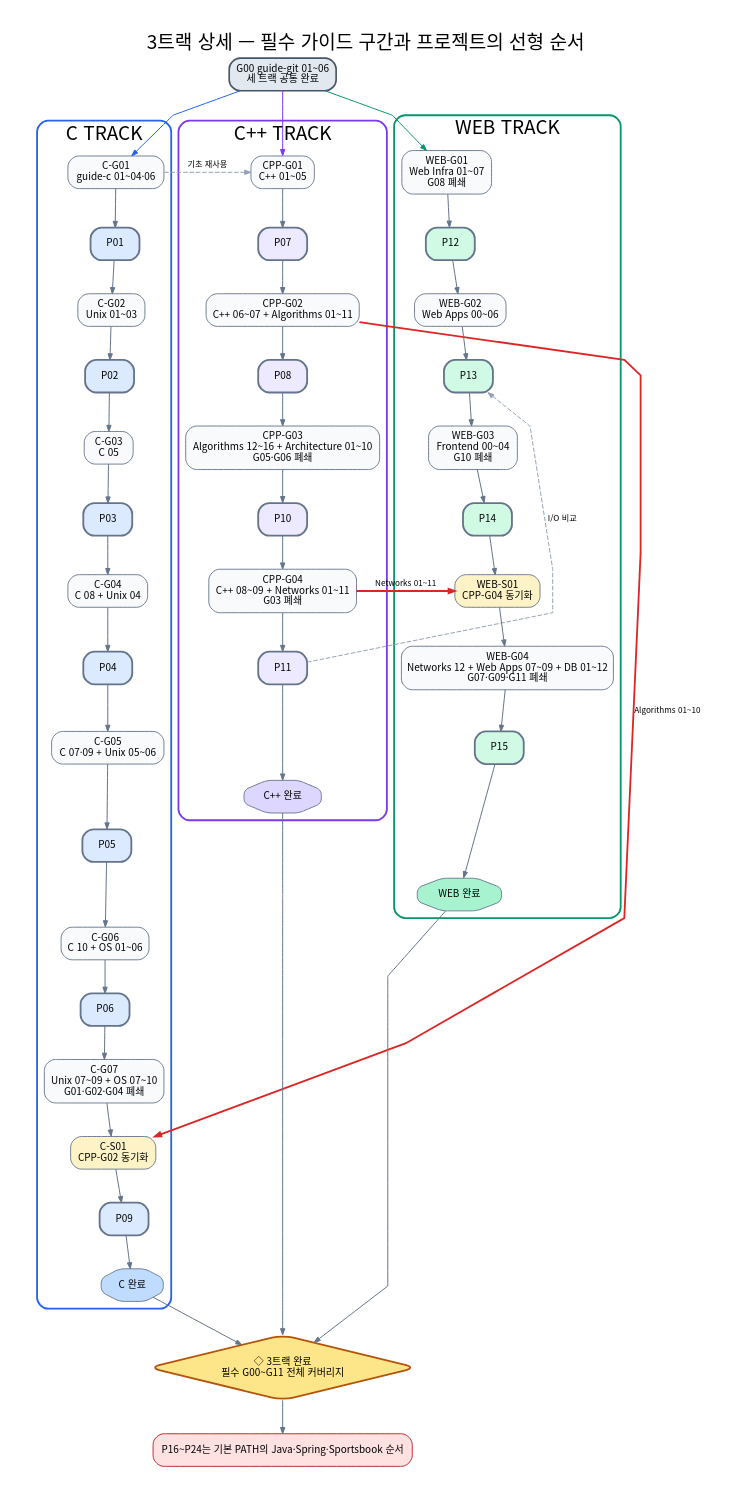
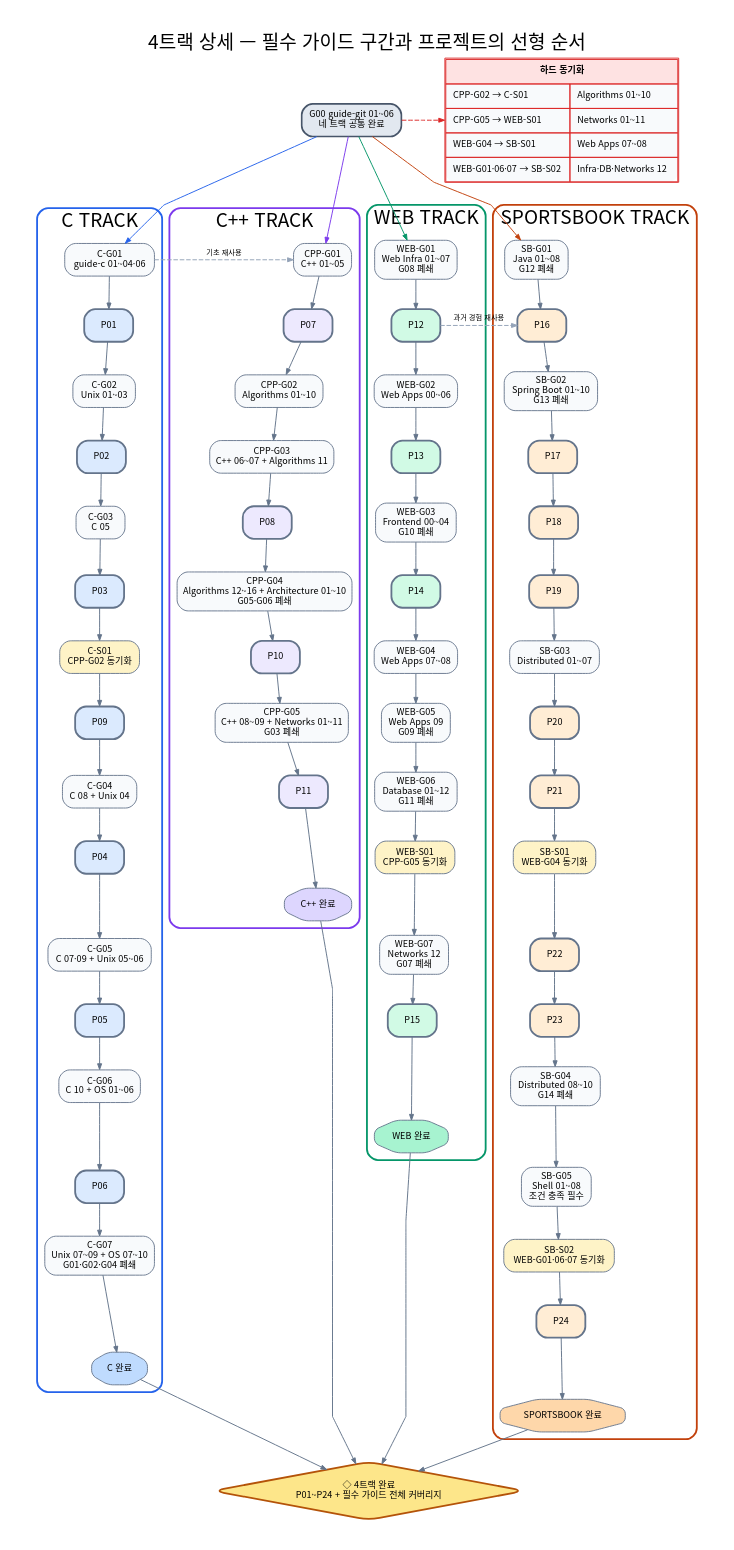
Before and after one commit to woopinbell/engineering-path-review: the diagram in assets/path/parallel-guide-packets.dot, drawn with Graphviz. The commit also changed 24 other files, not shown here.

```diff
--- a/assets/path/parallel-guide-packets.dot
+++ b/assets/path/parallel-guide-packets.dot
@@ -1,76 +1,112 @@
 digraph ParallelTrackDetail {
-  graph [rankdir=TB, newrank=true, bgcolor="white", pad="0.35", nodesep="0.38", ranksep="0.48",
+  graph [rankdir=TB, newrank=true, bgcolor="white", pad="0.35", nodesep="0.34", ranksep="0.45",
     fontname="Noto Sans CJK KR", fontsize=21,
-    label="3트랙 상세 — 필수 가이드 구간과 프로젝트의 선형 순서", labelloc=t, splines=polyline];
-  node [shape=box, style="rounded,filled", fontname="Noto Sans CJK KR", fontsize=11,
-    margin="0.13,0.08", color="#64748b", fillcolor="#f8fafc"];
-  edge [fontname="Noto Sans CJK KR", fontsize=9, color="#64748b", arrowsize=0.68, penwidth=1.1];
+    label="4트랙 상세 — 필수 가이드 구간과 프로젝트의 선형 순서", labelloc=t, splines=polyline];
+  node [shape=box, style="rounded,filled", fontname="Noto Sans CJK KR", fontsize=10,
+    margin="0.12,0.07", color="#64748b", fillcolor="#f8fafc"];
+  edge [fontname="Noto Sans CJK KR", fontsize=8, color="#64748b", arrowsize=0.64, penwidth=1.05];
 
-  G00 [label="G00 guide-git 01~06\n세 트랙 공통 완료", fillcolor="#e2e8f0", color="#475569", penwidth=1.8];
+  G00 [label="G00 guide-git 01~06\n네 트랙 공통 완료", fillcolor="#e2e8f0", color="#475569", penwidth=1.8];
 
   subgraph cluster_c {
     label="C TRACK"; color="#2563eb"; penwidth=2; style="rounded";
     C1 [label="C-G01\nguide-c 01~04·06"];
     C2 [label="P01", fillcolor="#dbeafe", penwidth=2];
     C3 [label="C-G02\nUnix 01~03"];
     C4 [label="P02", fillcolor="#dbeafe", penwidth=2];
     C5 [label="C-G03\nC 05"];
     C6 [label="P03", fillcolor="#dbeafe", penwidth=2];
-    C7 [label="C-G04\nC 08 + Unix 04"];
-    C8 [label="P04", fillcolor="#dbeafe", penwidth=2];
-    C9 [label="C-G05\nC 07·09 + Unix 05~06"];
-    C10 [label="P05", fillcolor="#dbeafe", penwidth=2];
-    C11 [label="C-G06\nC 10 + OS 01~06"];
-    C12 [label="P06", fillcolor="#dbeafe", penwidth=2];
-    C13 [label="C-G07\nUnix 07~09 + OS 07~10\nG01·G02·G04 폐쇄"];
-    C14 [label="C-S01\nCPP-G02 동기화", fillcolor="#fef3c7"];
-    C15 [label="P09", fillcolor="#dbeafe", penwidth=2];
+    C7 [label="C-S01\nCPP-G02 동기화", fillcolor="#fef3c7"];
+    C8 [label="P09", fillcolor="#dbeafe", penwidth=2];
+    C9 [label="C-G04\nC 08 + Unix 04"];
+    C10 [label="P04", fillcolor="#dbeafe", penwidth=2];
+    C11 [label="C-G05\nC 07·09 + Unix 05~06"];
+    C12 [label="P05", fillcolor="#dbeafe", penwidth=2];
+    C13 [label="C-G06\nC 10 + OS 01~06"];
+    C14 [label="P06", fillcolor="#dbeafe", penwidth=2];
+    C15 [label="C-G07\nUnix 07~09 + OS 07~10\nG01·G02·G04 폐쇄"];
     C16 [label="C 완료", shape=octagon, fillcolor="#bfdbfe"];
     C1 -> C2 -> C3 -> C4 -> C5 -> C6 -> C7 -> C8 -> C9 -> C10 -> C11 -> C12 -> C13 -> C14 -> C15 -> C16;
   }
 
   subgraph cluster_cpp {
     label="C++ TRACK"; color="#7c3aed"; penwidth=2; style="rounded";
     X1 [label="CPP-G01\nC++ 01~05"];
     X2 [label="P07", fillcolor="#ede9fe", penwidth=2];
-    X3 [label="CPP-G02\nC++ 06~07 + Algorithms 01~11"];
-    X4 [label="P08", fillcolor="#ede9fe", penwidth=2];
-    X5 [label="CPP-G03\nAlgorithms 12~16 + Architecture 01~10\nG05·G06 폐쇄"];
-    X6 [label="P10", fillcolor="#ede9fe", penwidth=2];
-    X7 [label="CPP-G04\nC++ 08~09 + Networks 01~11\nG03 폐쇄"];
-    X8 [label="P11", fillcolor="#ede9fe", penwidth=2];
-    X9 [label="C++ 완료", shape=octagon, fillcolor="#ddd6fe"];
-    X1 -> X2 -> X3 -> X4 -> X5 -> X6 -> X7 -> X8 -> X9;
+    X3 [label="CPP-G02\nAlgorithms 01~10"];
+    X4 [label="CPP-G03\nC++ 06~07 + Algorithms 11"];
+    X5 [label="P08", fillcolor="#ede9fe", penwidth=2];
+    X6 [label="CPP-G04\nAlgorithms 12~16 + Architecture 01~10\nG05·G06 폐쇄"];
+    X7 [label="P10", fillcolor="#ede9fe", penwidth=2];
+    X8 [label="CPP-G05\nC++ 08~09 + Networks 01~11\nG03 폐쇄"];
+    X9 [label="P11", fillcolor="#ede9fe", penwidth=2];
+    X10 [label="C++ 완료", shape=octagon, fillcolor="#ddd6fe"];
+    X1 -> X2 -> X3 -> X4 -> X5 -> X6 -> X7 -> X8 -> X9 -> X10;
   }
 
   subgraph cluster_web {
     label="WEB TRACK"; color="#059669"; penwidth=2; style="rounded";
     W1 [label="WEB-G01\nWeb Infra 01~07\nG08 폐쇄"];
     W2 [label="P12", fillcolor="#d1fae5", penwidth=2];
     W3 [label="WEB-G02\nWeb Apps 00~06"];
     W4 [label="P13", fillcolor="#d1fae5", penwidth=2];
     W5 [label="WEB-G03\nFrontend 00~04\nG10 폐쇄"];
     W6 [label="P14", fillcolor="#d1fae5", penwidth=2];
-    W7 [label="WEB-S01\nCPP-G04 동기화", fillcolor="#fef3c7"];
-    W8 [label="WEB-G04\nNetworks 12 + Web Apps 07~09 + DB 01~12\nG07·G09·G11 폐쇄"];
-    W9 [label="P15", fillcolor="#d1fae5", penwidth=2];
-    W10 [label="WEB 완료", shape=octagon, fillcolor="#a7f3d0"];
-    W1 -> W2 -> W3 -> W4 -> W5 -> W6 -> W7 -> W8 -> W9 -> W10;
+    W7 [label="WEB-G04\nWeb Apps 07~08"];
+    W8 [label="WEB-G05\nWeb Apps 09\nG09 폐쇄"];
+    W9 [label="WEB-G06\nDatabase 01~12\nG11 폐쇄"];
+    W10 [label="WEB-S01\nCPP-G05 동기화", fillcolor="#fef3c7"];
+    W11 [label="WEB-G07\nNetworks 12\nG07 폐쇄"];
+    W12 [label="P15", fillcolor="#d1fae5", penwidth=2];
+    W13 [label="WEB 완료", shape=octagon, fillcolor="#a7f3d0"];
+    W1 -> W2 -> W3 -> W4 -> W5 -> W6 -> W7 -> W8 -> W9 -> W10 -> W11 -> W12 -> W13;
+  }
+
+  subgraph cluster_sb {
+    label="SPORTSBOOK TRACK"; color="#c2410c"; penwidth=2; style="rounded";
+    S1 [label="SB-G01\nJava 01~08\nG12 폐쇄"];
+    S2 [label="P16", fillcolor="#ffedd5", penwidth=2];
+    S3 [label="SB-G02\nSpring Boot 01~10\nG13 폐쇄"];
+    S4 [label="P17", fillcolor="#ffedd5", penwidth=2];
+    S5 [label="P18", fillcolor="#ffedd5", penwidth=2];
+    S6 [label="P19", fillcolor="#ffedd5", penwidth=2];
+    S7 [label="SB-G03\nDistributed 01~07"];
+    S8 [label="P20", fillcolor="#ffedd5", penwidth=2];
+    S9 [label="P21", fillcolor="#ffedd5", penwidth=2];
+    S10 [label="SB-S01\nWEB-G04 동기화", fillcolor="#fef3c7"];
+    S11 [label="P22", fillcolor="#ffedd5", penwidth=2];
+    S12 [label="P23", fillcolor="#ffedd5", penwidth=2];
+    S13 [label="SB-G04\nDistributed 08~10\nG14 폐쇄"];
+    S14 [label="SB-G05\nShell 01~08\n조건 충족 필수"];
+    S15 [label="SB-S02\nWEB-G01·06·07 동기화", fillcolor="#fef3c7"];
+    S16 [label="P24", fillcolor="#ffedd5", penwidth=2];
+    S17 [label="SPORTSBOOK 완료", shape=octagon, fillcolor="#fed7aa"];
+    S1 -> S2 -> S3 -> S4 -> S5 -> S6 -> S7 -> S8 -> S9 -> S10 -> S11 -> S12 -> S13 -> S14 -> S15 -> S16 -> S17;
   }
 
   G00 -> C1 [color="#2563eb"];
   G00 -> X1 [color="#7c3aed"];
   G00 -> W1 [color="#059669"];
-  X3 -> C14 [label="Algorithms 01~10", color="#dc2626", penwidth=2, constraint=false];
-  X7 -> W7 [label="Networks 01~11", color="#dc2626", penwidth=2, constraint=false];
+  G00 -> S1 [color="#c2410c"];
+
   C1 -> X1 [style=dashed, label="기초 재사용", color="#94a3b8", constraint=false];
-  X8 -> W4 [style=dashed, label="I/O 비교", color="#94a3b8", constraint=false];
+  W2 -> S2 [style=dashed, label="과거 경험 재사용", color="#94a3b8", constraint=false];
 
-  MERGE [label="◇ 3트랙 완료\n필수 G00~G11 전체 커버리지", shape=diamond,
+  SYNC [shape=plain, label=<
+    <TABLE BORDER="1" CELLBORDER="1" CELLSPACING="0" CELLPADDING="7" COLOR="#dc2626">
+      <TR><TD BGCOLOR="#fee2e2" COLSPAN="2"><B>하드 동기화</B></TD></TR>
+      <TR><TD ALIGN="LEFT">CPP-G02 → C-S01</TD><TD ALIGN="LEFT">Algorithms 01~10</TD></TR>
+      <TR><TD ALIGN="LEFT">CPP-G05 → WEB-S01</TD><TD ALIGN="LEFT">Networks 01~11</TD></TR>
+      <TR><TD ALIGN="LEFT">WEB-G04 → SB-S01</TD><TD ALIGN="LEFT">Web Apps 07~08</TD></TR>
+      <TR><TD ALIGN="LEFT">WEB-G01·06·07 → SB-S02</TD><TD ALIGN="LEFT">Infra·DB·Networks 12</TD></TR>
+    </TABLE>
+  >];
+  G00 -> SYNC [style=dashed, color="#dc2626", constraint=false];
+
+  MERGE [label="◇ 4트랙 완료\nP01~P24 + 필수 가이드 전체 커버리지", shape=diamond,
     fillcolor="#fde68a", color="#b45309", penwidth=2];
   C16 -> MERGE;
-  X9 -> MERGE;
-  W10 -> MERGE;
-  POST [label="P16~P24는 기본 PATH의 Java·Spring·Sportsbook 순서", fillcolor="#fee2e2", color="#b91c1c"];
-  MERGE -> POST;
+  X10 -> MERGE;
+  W13 -> MERGE;
+  S17 -> MERGE;
 }
```
